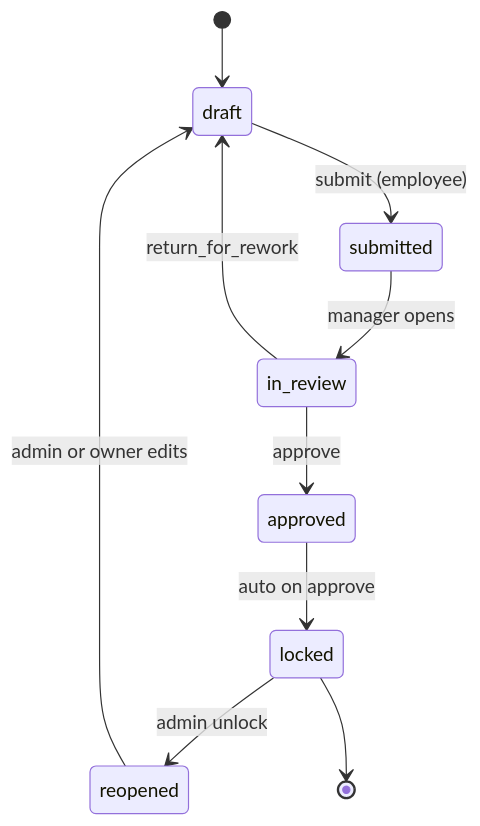
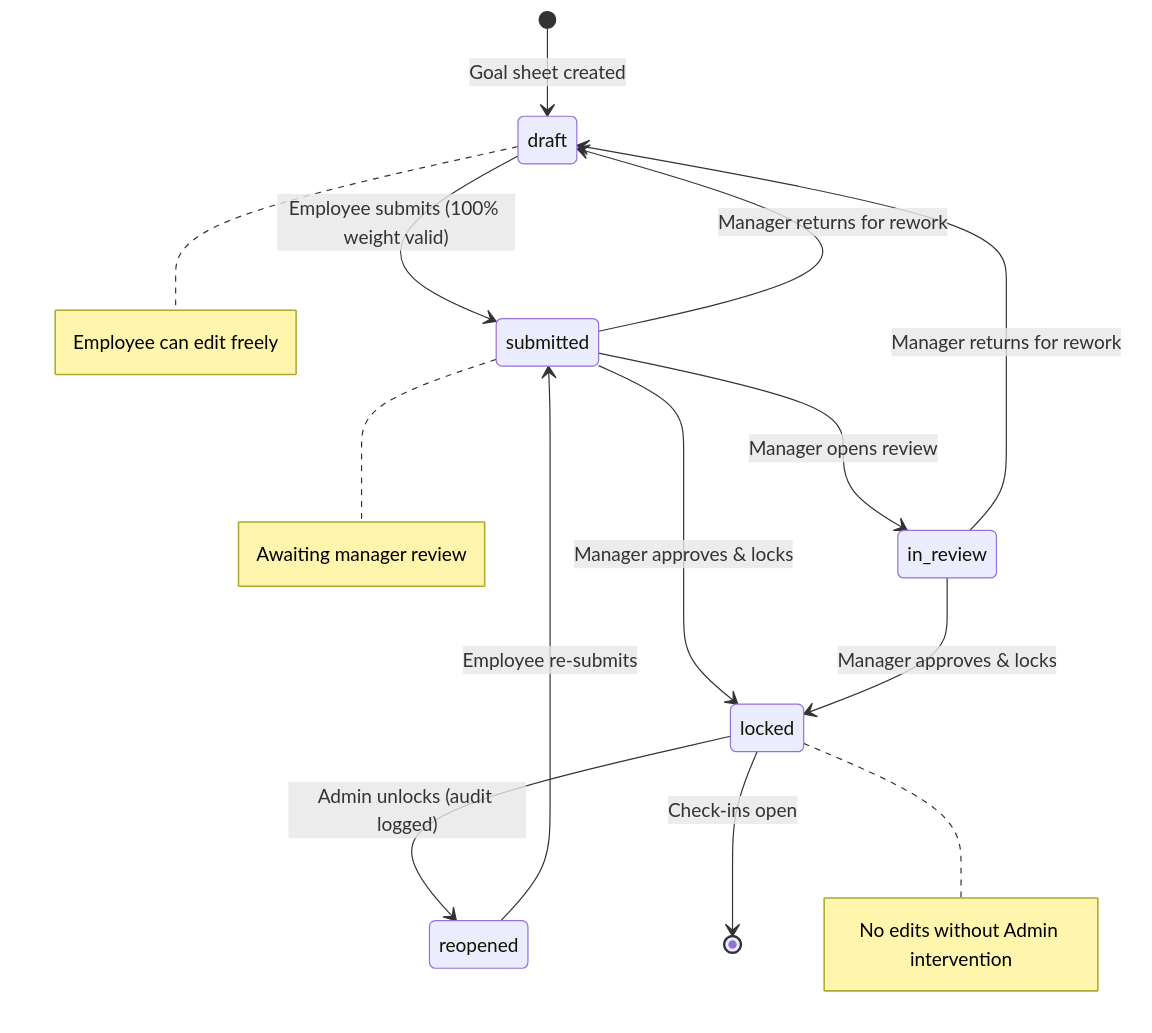
Before and after one commit to Adit-Jain-srm/AtomicPulse: the diagram in docs/diagrams/state-machines.mmd, drawn with Mermaid. The commit also changed 3 other files, not shown here.

Commit message:
docs: final submission polish — evaluation-optimized README, updated architecture diagrams, submission doc with live URL

```diff
--- a/docs/diagrams/state-machines.mmd
+++ b/docs/diagrams/state-machines.mmd
@@ -1,10 +1,18 @@
 stateDiagram-v2
-  [*] --> draft
-  draft --> submitted : submit (employee)
-  submitted --> in_review : manager opens
-  in_review --> draft : return_for_rework
-  in_review --> approved : approve
-  approved --> locked : auto on approve
-  locked --> reopened : admin unlock
-  reopened --> draft : admin or owner edits
-  locked --> [*]
+  [*] --> draft : Goal sheet created
+
+  draft --> submitted : Employee submits (100% weight valid)
+  submitted --> in_review : Manager opens review
+  submitted --> draft : Manager returns for rework
+  in_review --> draft : Manager returns for rework
+  submitted --> locked : Manager approves & locks
+  in_review --> locked : Manager approves & locks
+
+  locked --> reopened : Admin unlocks (audit logged)
+  reopened --> submitted : Employee re-submits
+
+  locked --> [*] : Check-ins open
+
+  note right of draft : Employee can edit freely
+  note right of locked : No edits without Admin intervention
+  note right of submitted : Awaiting manager review
```
